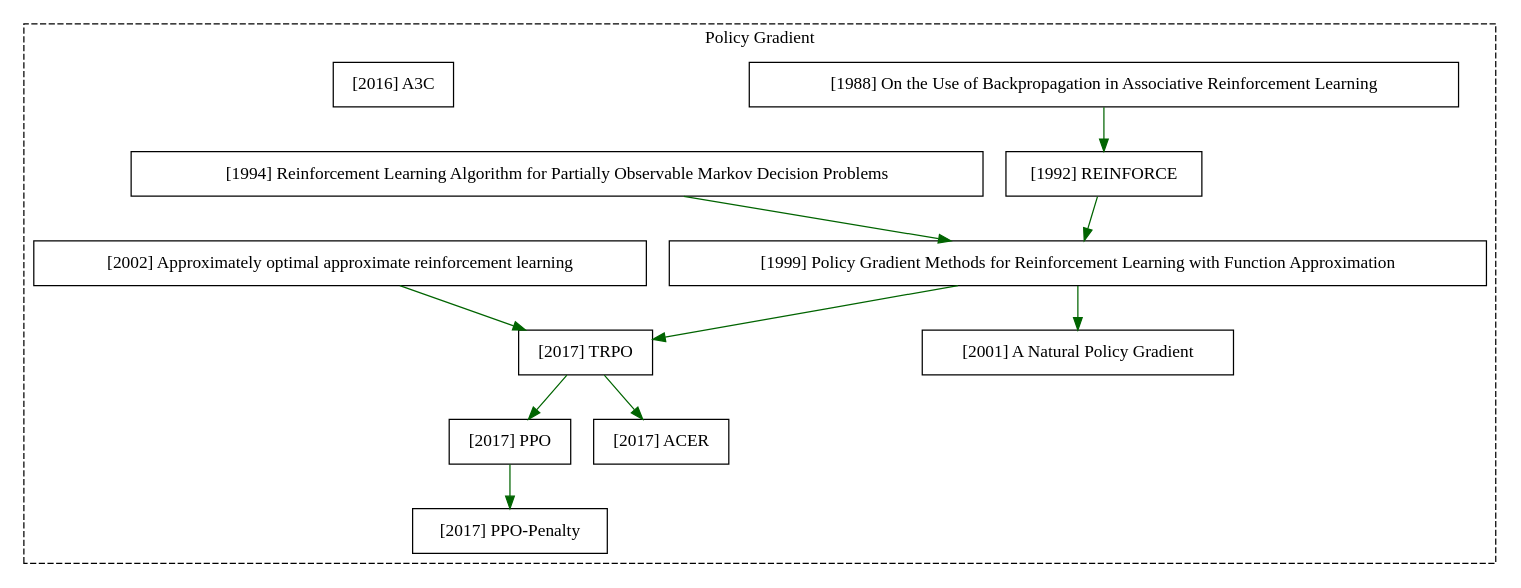
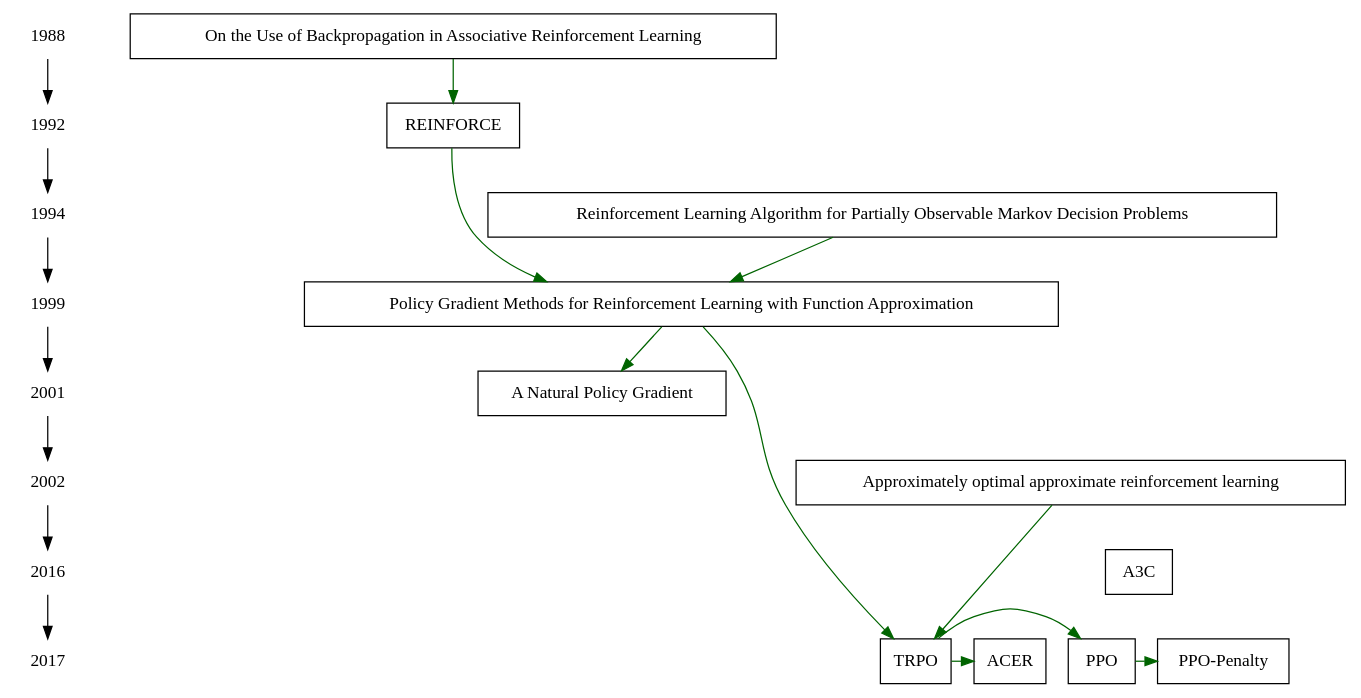
One commit to Tony-Tan/Reading-Progress changed the diagram in policy_gradient_graph.dot. Above: the diagram before and after it, drawn with Graphviz. The commit also changed 3 other files, not shown here.

```diff
--- a/policy_gradient_graph.dot
+++ b/policy_gradient_graph.dot
@@ -1,47 +1,54 @@
-digraph ML_Math{           //设置分辨率
+digraph ML_Math{     
+	    
+	{
+		node[shape=plaintext]
+		"1988"->"1992"->"1994"->"1999"->"2001"->"2002"->"2016"->"2017";
+	}
+	//设置分辨率
 	{
 		node[shape=box]
 		//1988
-		a1988[label="[1988] On the Use of Backpropagation in Associative Reinforcement Learning"]
+		a1988[label="On the Use of Backpropagation in Associative Reinforcement Learning"]
 		//1992
-		a1992[label="[1992] REINFORCE"]
-		//1993
+		a1992[label="REINFORCE"]
+		
 		//1994
-		a1994[label="[1994] Reinforcement Learning Algorithm for Partially Observable Markov Decision Problems"]
-		//1995
+		a1994[label="Reinforcement Learning Algorithm for Partially Observable Markov Decision Problems"]
 		//1999
-		a1999[label="[1999] Policy Gradient Methods for Reinforcement Learning with Function Approximation"]
+		a1999[label="Policy Gradient Methods for Reinforcement Learning with Function Approximation"]
 		//2001
-		a2001[label="[2001] A Natural Policy Gradient"]
+		a2001[label="A Natural Policy Gradient"]
 		//2002
-		a2002[label="[2002] Approximately optimal approximate reinforcement learning"]
-		//2013
-		//2015
+		a2002[label="Approximately optimal approximate reinforcement learning"]
 		//2016
-		c2016[label="[2016] A3C"]
+		a2016[label="A3C"]
 		//2017
-		c2017[label="[2017] TRPO"]
-		d2017[label="[2017] PPO-Penalty"]
-		e2017[label="[2017] PPO"]
-		f2017[label="[2017] ACER"]
+		c2017[label="TRPO"]
+		d2017[label="PPO-Penalty"]
+		a2017[label="PPO"]
+		b2017[label="ACER"]
 	}
 	{
 		edge[color=darkgreen]
-		c2017->e2017
+		c2017->a2017
 		a1999->c2017;
-		e2017->d2017;
+		a2017->d2017;
 		a1999->a2001;
 		a1992->a1999;
 		a1994->a1999;
-		c2017->f2017;
+		c2017->b2017;
 		a2002->c2017;
 		a1988->a1992
 	}
-	subgraph cluster_pg{
-		label="Policy Gradient"
-		style="dashed"
-		
-		c2016;d2017;c2017;e2017;a1999;a2001;a1992;a1994;f2017;a2002;a1988;
+	{
+		{rank=same;"1988";a1988;}
+		{rank=same;"1992";a1992;}
+		{rank=same;"1994";a1994;}
+		{rank=same;"1999";a1999;}
+		{rank=same;"2001";a2001;}
+		{rank=same;"2002";a2002;}
+		{rank=same;"2016";a2016;}
+		{rank=same;"2017";a2017;b2017;c2017;d2017}
 	}
 	
 }
```
